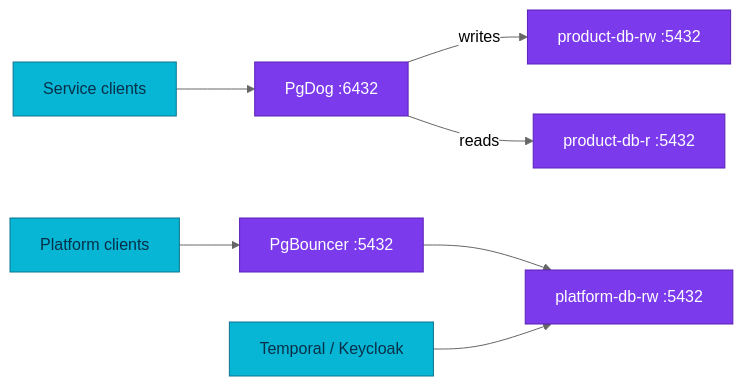
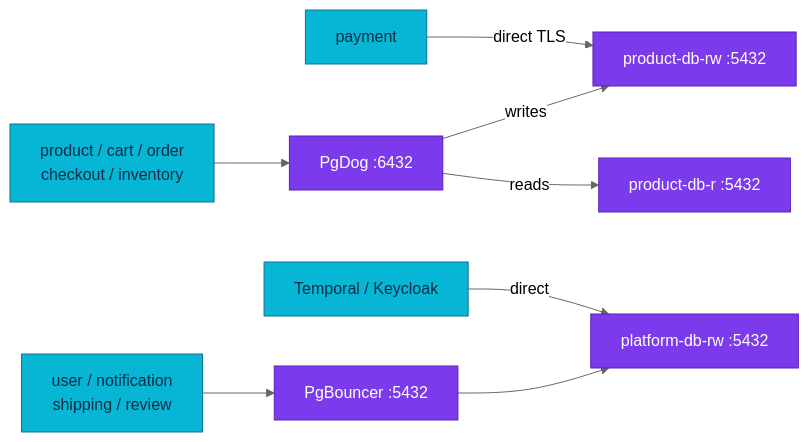
The diagram in docs/databases/poolers.md (duynhlab/homelab), drawn with Mermaid (neutral theme) before and after one commit. The commit also changed other lines of this file and 50 other files, not shown here.

````diff
--- a/docs/databases/poolers.md
+++ b/docs/databases/poolers.md
@@ -24,14 +34,16 @@
 ```mermaid
 flowchart LR
-    Apps["Service clients"] --> PgDog["PgDog :6432"]
+    ProductClients["product / cart / order<br/>checkout / inventory"] --> PgDog["PgDog :6432"]
     PgDog -->|"writes"| ProductRW["product-db-rw :5432"]
     PgDog -->|"reads"| ProductR["product-db-r :5432"]
-    PlatformApps["Platform clients"] --> PgBouncer["PgBouncer :5432"]
+    Payment["payment"] -->|"direct TLS"| ProductRW
+
+    PlatformClients["user / notification<br/>shipping / review"] --> PgBouncer["PgBouncer :5432"]
     PgBouncer --> PlatformRW["platform-db-rw :5432"]
-    Direct["Temporal / Keycloak"] --> PlatformRW
+    Direct["Temporal / Keycloak"] -->|"direct"| PlatformRW
 
     classDef service fill:#06b6d4,color:#082f49,stroke:#0e7490;
     classDef platform fill:#7c3aed,color:#fff,stroke:#5b21b6;
-    class Apps,PlatformApps,Direct service;
+    class ProductClients,Payment,PlatformClients,Direct service;
     class PgDog,PgBouncer,ProductRW,ProductR,PlatformRW platform;
 ```
````
